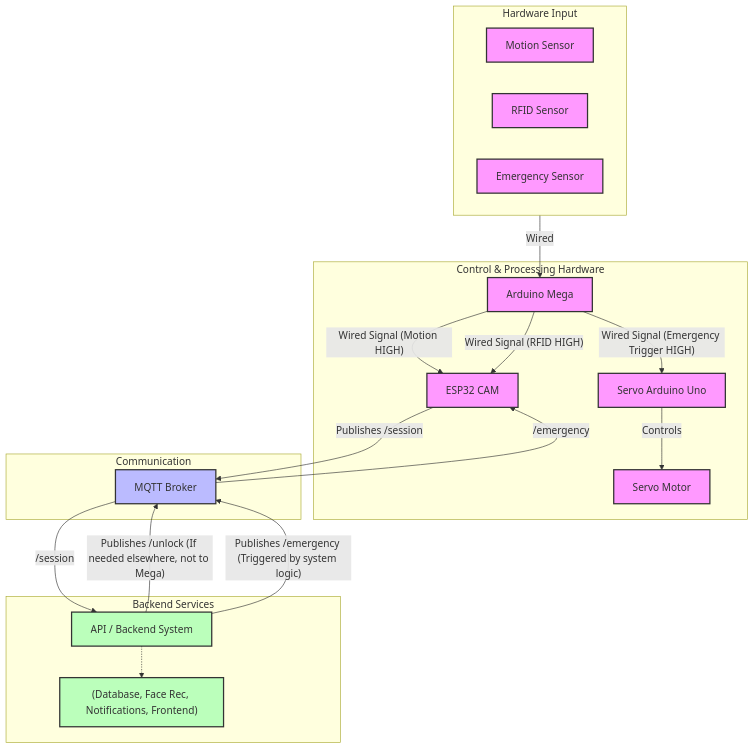
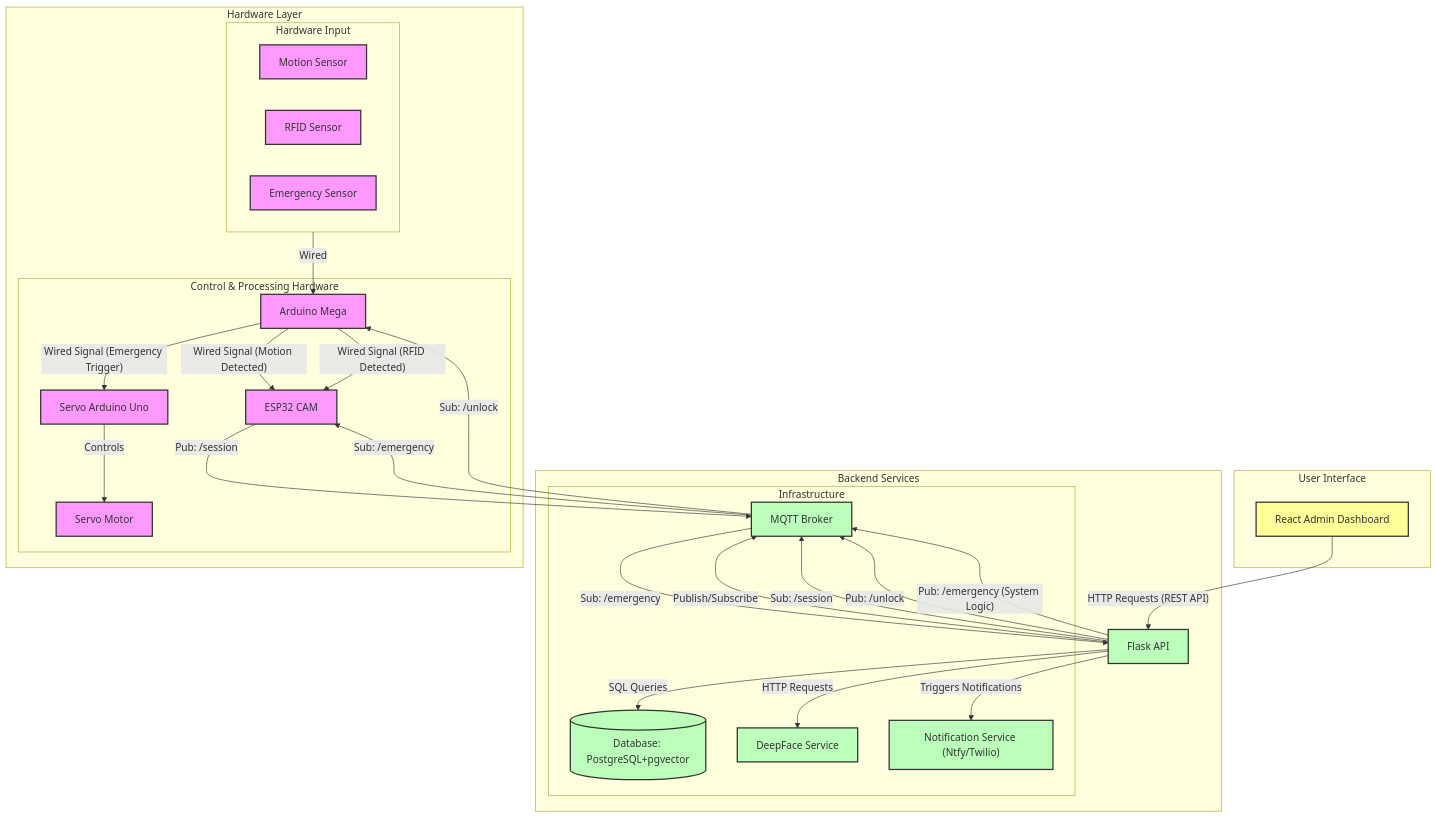
The diagram in docs/project-overview.md (KalebCole/Campus-Security-and-Evacuation-System), drawn with Mermaid before and after one commit. The commit also changed other lines of this file and 21 other files, not shown here.

````diff
--- a/docs/project-overview.md
+++ b/docs/project-overview.md
@@ -35,50 +40,65 @@
 ```mermaid
-flowchart TD
-    subgraph Hardware_Input [Hardware Input]
-        MotionSensor["Motion Sensor"]
-        RFIDSensor["RFID Sensor"]
-        EmergencySensor["Emergency Sensor"]
-    end
-
-    subgraph Control_Hardware [Control & Processing Hardware]
-        Mega["Arduino Mega"]
-        ESP32CAM["ESP32 CAM"]
-        ServoUno["Servo Arduino Uno"]
-        ServoMotor["Servo Motor"]
-    end
-
-    subgraph Communication_Layer [Communication]
-        MQTT["MQTT Broker"]
+graph TD
+    subgraph User_Interface [User Interface]
+        AdminUI["React Admin Dashboard"]
     end
 
     subgraph Backend [Backend Services]
-        API["API / Backend System"]
-        InternalServices["(Database, Face Rec, Notifications, Frontend)"]
+        API["Flask API"]
+        subgraph Backend_Infra [Infrastructure]
+            DB[(Database: PostgreSQL+pgvector)]
+            MQTT[MQTT Broker]
+            DeepFace["DeepFace Service"]
+            NotificationService["Notification Service (Ntfy/Twilio)"]
+        end
     end
 
-    %% Physical Connections & Signals
+    subgraph Hardware_Layer [Hardware Layer]
+        subgraph Control_Hardware [Control & Processing Hardware]
+            Mega["Arduino Mega"]
+            ESP32CAM["ESP32 CAM"]
+            ServoUno["Servo Arduino Uno"]
+            ServoMotor["Servo Motor"]
+        end
+        subgraph Hardware_Input [Hardware Input]
+            MotionSensor["Motion Sensor"]
+            RFIDSensor["RFID Sensor"]
+            EmergencySensor["Emergency Sensor"]
+        end
+    end
+
+    %% UI to API
+    AdminUI -- "HTTP Requests (REST API)" --> API
+
+    %% API to Backend Infra
+    API -- "SQL Queries" --> DB
+    API -- "Publish/Subscribe" --> MQTT
+    API -- "HTTP Requests" --> DeepFace
+    API -- "Triggers Notifications" --> NotificationService
+
+    %% MQTT Communication Flow (Hardware & API)
+    ESP32CAM -- "Pub: /session" --> MQTT
+    API -- "Sub: /session" --> MQTT
+    API -- "Pub: /unlock" --> MQTT
+    API -- "Pub: /emergency (System Logic)" --> MQTT
+    MQTT -- "Sub: /emergency" --> ESP32CAM
+    MQTT -- "Sub: /emergency" --> API 
+    MQTT -- "Sub: /unlock" --> Mega 
+
+
+    %% Hardware Physical Connections & Signals
     Hardware_Input -- Wired --> Mega
-    Mega -- "Wired Signal (Emergency Trigger HIGH)" --> ServoUno
+    Mega -- "Wired Signal (Emergency Trigger)" --> ServoUno
     ServoUno -- Controls --> ServoMotor
-    Mega -- "Wired Signal (Motion HIGH)" --> ESP32CAM
-    Mega -- "Wired Signal (RFID HIGH)" --> ESP32CAM
-
-    %% MQTT Communication Flow
-    ESP32CAM -- "Publishes /session" --> MQTT
-    API -- "Publishes /unlock (If needed elsewhere, not to Mega)" --> MQTT
-    API -- "Publishes /emergency (Triggered by system logic)" --> MQTT
-
-    MQTT -- "/emergency" --> ESP32CAM
-    MQTT -- "/session" --> API
-
-    %% Backend Internal Calls (Simplified)
-    API -.-> InternalServices
+    Mega -- "Wired Signal (Motion Detected)" --> ESP32CAM
+    Mega -- "Wired Signal (RFID Detected)" --> ESP32CAM
 
     %% Styling
     classDef hardware fill:#f9f,stroke:#333,stroke-width:2px;
     classDef comms fill:#bbf,stroke:#333,stroke-width:2px;
     classDef backend fill:#bfb,stroke:#333,stroke-width:2px;
+    classDef ui fill:#ff9,stroke:#333,stroke-width:2px;
+    class AdminUI ui;
+    class API,DB,MQTT,DeepFace,NotificationService backend;
     class MotionSensor,RFIDSensor,EmergencySensor,Mega,ServoUno,ESP32CAM,ServoMotor hardware;
-    class MQTT comms;
-    class API,InternalServices backend;
 ```
````
